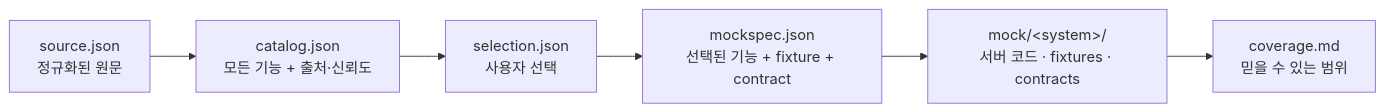
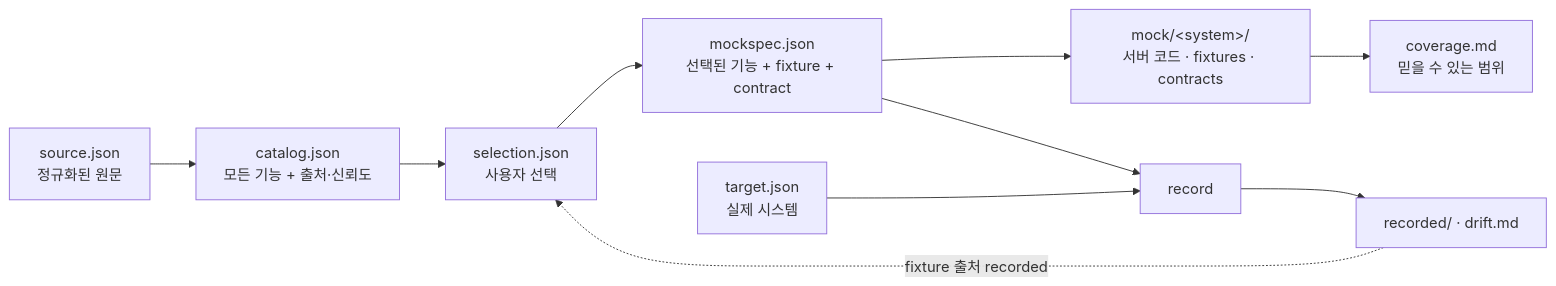
One commit to geonhos/specmock changed the fifth of 10 diagrams in docs/architecture.md. Above: the diagram before and after it, drawn with Mermaid. The commit also changed other lines of this file and 6 other files, not shown here.

````diff
--- a/docs/architecture.md
+++ b/docs/architecture.md
@@ -102,8 +102,12 @@
 ```mermaid
 flowchart LR
     S[source.json<br/>정규화된 원문] --> C[catalog.json<br/>모든 기능 + 출처·신뢰도]
     C --> SL[selection.json<br/>사용자 선택]
     SL --> M[mockspec.json<br/>선택된 기능 + fixture + contract]
     M --> MOCK["mock/&lt;system&gt;/<br/>서버 코드 · fixtures · contracts"]
     MOCK --> COV[coverage.md<br/>믿을 수 있는 범위]
+    T[target.json<br/>실제 시스템] --> REC[record]
+    M --> REC
+    REC --> RD[recorded/ · drift.md]
+    RD -.->|fixture 출처 recorded| SL
 ```
````
